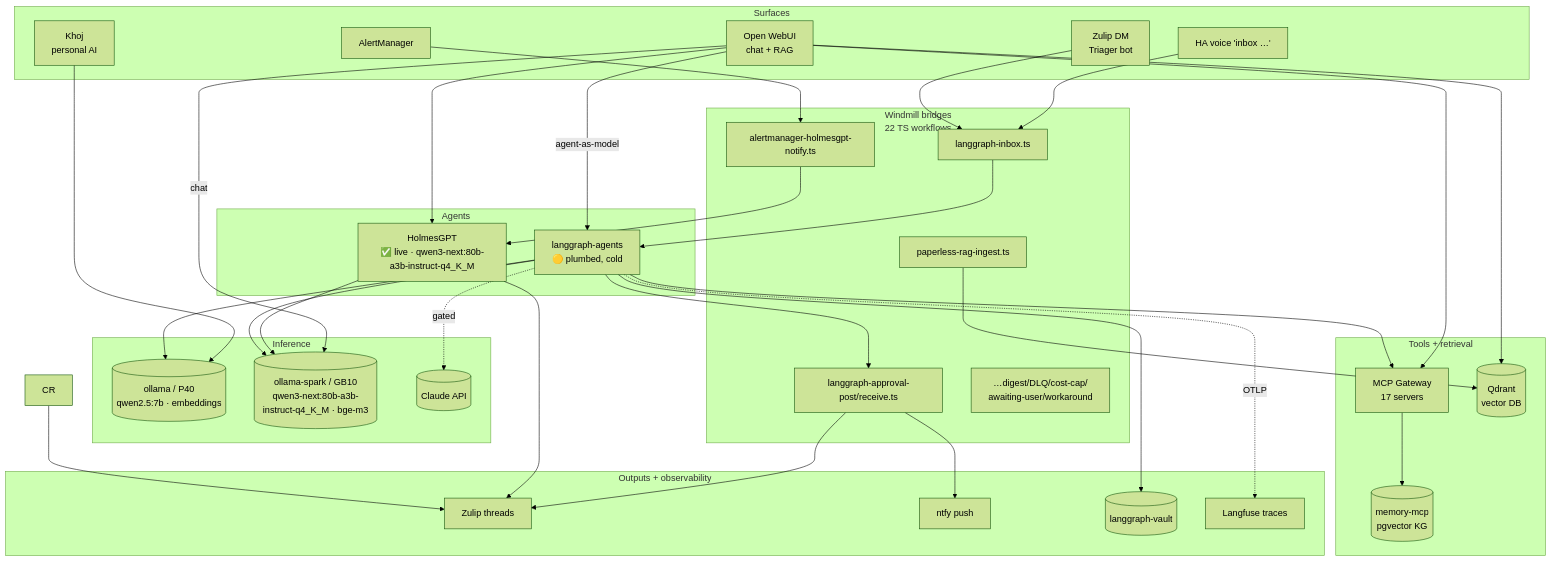
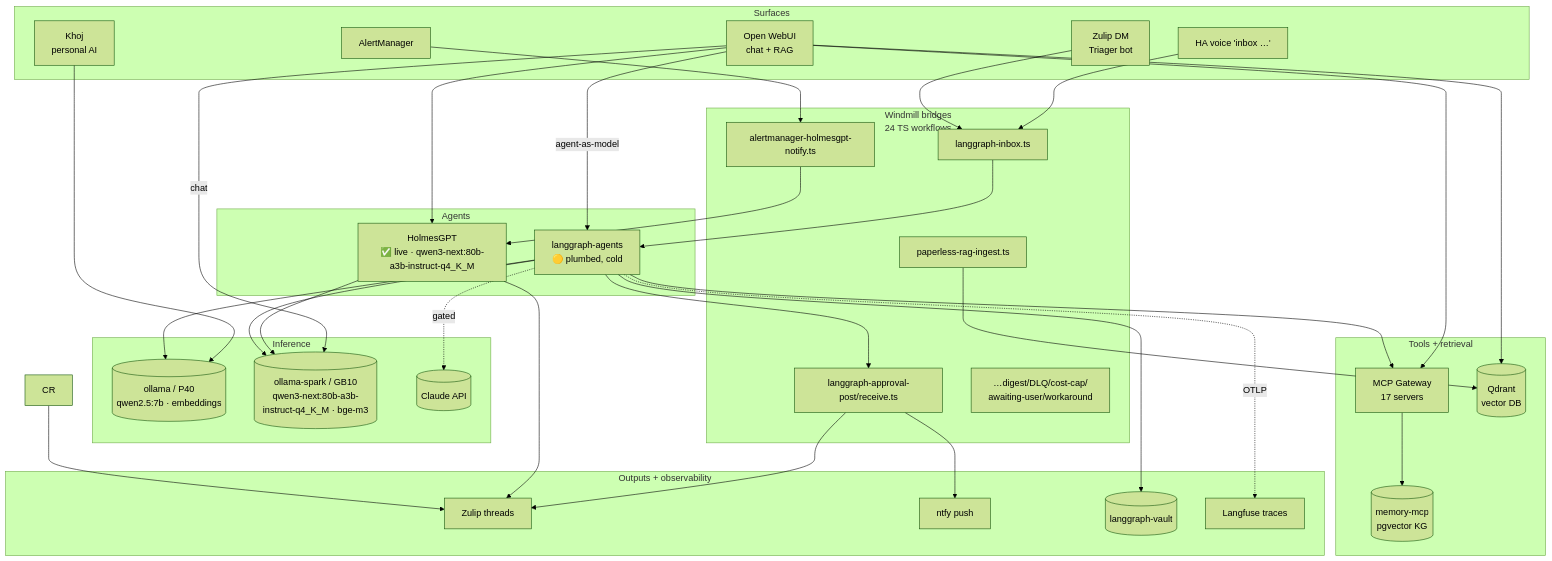
Before and after one commit to rwlove/home-ops: the second of 3 diagrams in README.md, drawn with Mermaid (forest theme). The commit also changed other lines of this file and 6 other files, not shown here.

First line of the commit message:
feat(home): paperless → LightRAG graph-RAG ingest flow (#12554)

````diff
--- a/README.md
+++ b/README.md
@@ -317,63 +317,63 @@
 ```mermaid
 flowchart TB
     subgraph Surfaces[Surfaces]
         OWUI[Open WebUI<br/>chat + RAG]
         Khoj[Khoj<br/>personal AI]
         Voice[HA voice 'inbox …']
         ZulipDM[Zulip DM<br/>Triager bot]
         AM[AlertManager]
     end
 
-    subgraph Bridges[Windmill bridges<br/>22 TS workflows]
+    subgraph Bridges[Windmill bridges<br/>24 TS workflows]
         WInbox[langgraph-inbox.ts]
         WAlert[alertmanager-holmesgpt-notify.ts]
         WApprove[langgraph-approval-post/receive.ts]
         WPaperless[paperless-rag-ingest.ts]
         WOther[…digest/DLQ/cost-cap/<br/>awaiting-user/workaround]
     end
 
     subgraph Agents[Agents]
         Holmes[HolmesGPT<br/>✅ live · qwen3-next:80b-a3b-instruct-q4_K_M]
         LG[langgraph-agents<br/>🟡 plumbed, cold]
     end
 
     subgraph Inference[Inference]
         OllamaP40[(ollama / P40<br/>qwen2.5:7b · embeddings)]
         OllamaSpark[(ollama-spark / GB10<br/>qwen3-next:80b-a3b-instruct-q4_K_M · bge-m3)]
         Claude[(Claude API)]
     end
 
     subgraph Tools[Tools + retrieval]
         Gw[MCP Gateway<br/>17 servers]
         Q[(Qdrant<br/>vector DB)]
         Mem[(memory-mcp<br/>pgvector KG)]
     end
 
     subgraph Outputs[Outputs + observability]
         Zulip[Zulip threads]
         Ntfy[ntfy push]
         Vault[(langgraph-vault)]
         LF[Langfuse traces]
     end
 
     Voice --> WInbox --> LG
     ZulipDM --> WInbox
     OWUI -->|chat| OllamaSpark
     OWUI -->|agent-as-model| LG
     OWUI --> Gw
     OWUI --> Holmes
     OWUI --> Q
     Khoj --> OllamaP40
     AM --> WAlert --> Holmes
     Holmes --> OllamaSpark
     LG --> OllamaSpark
     LG --> OllamaP40
     LG -.->|gated| Claude
     LG --> Gw --> Mem
     LG -.->|OTLP| LF
     WPaperless --> Q
     LG --> WApprove --> Zulip & Ntfy
     LG --> Vault
     Holmes --> Zulip
     CR --> Zulip
 ```
````
